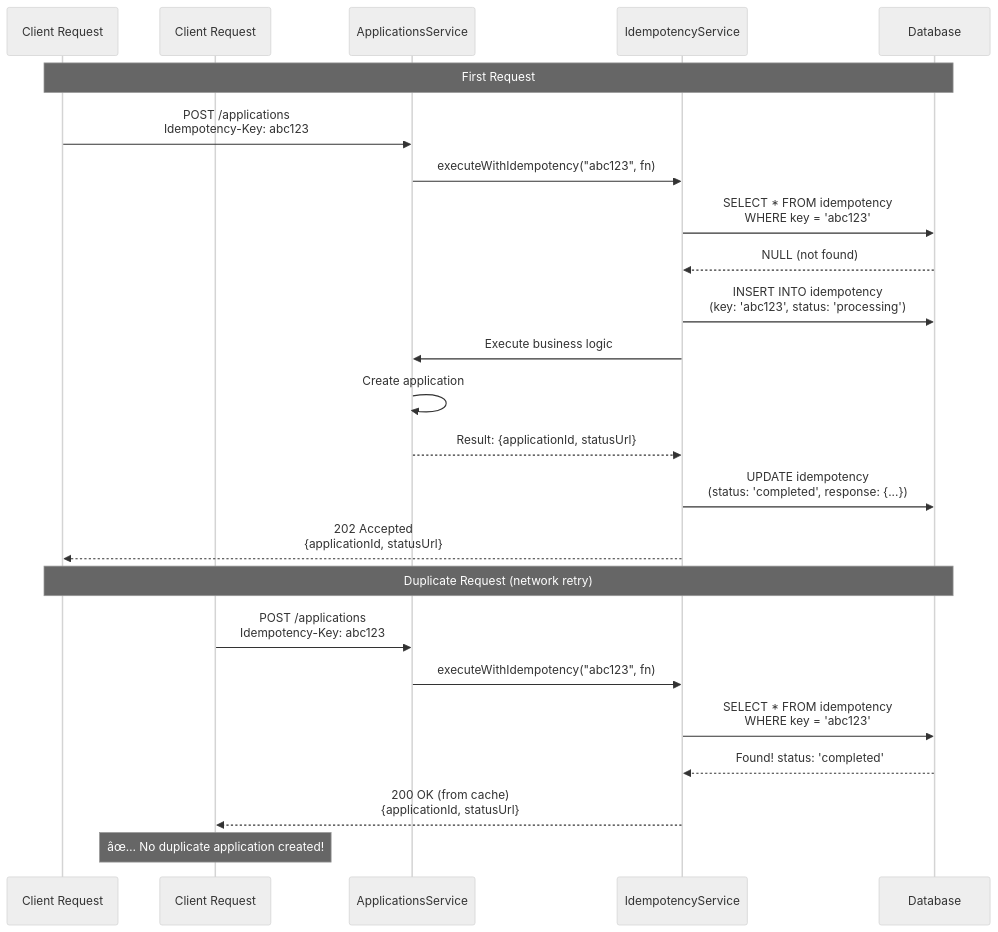
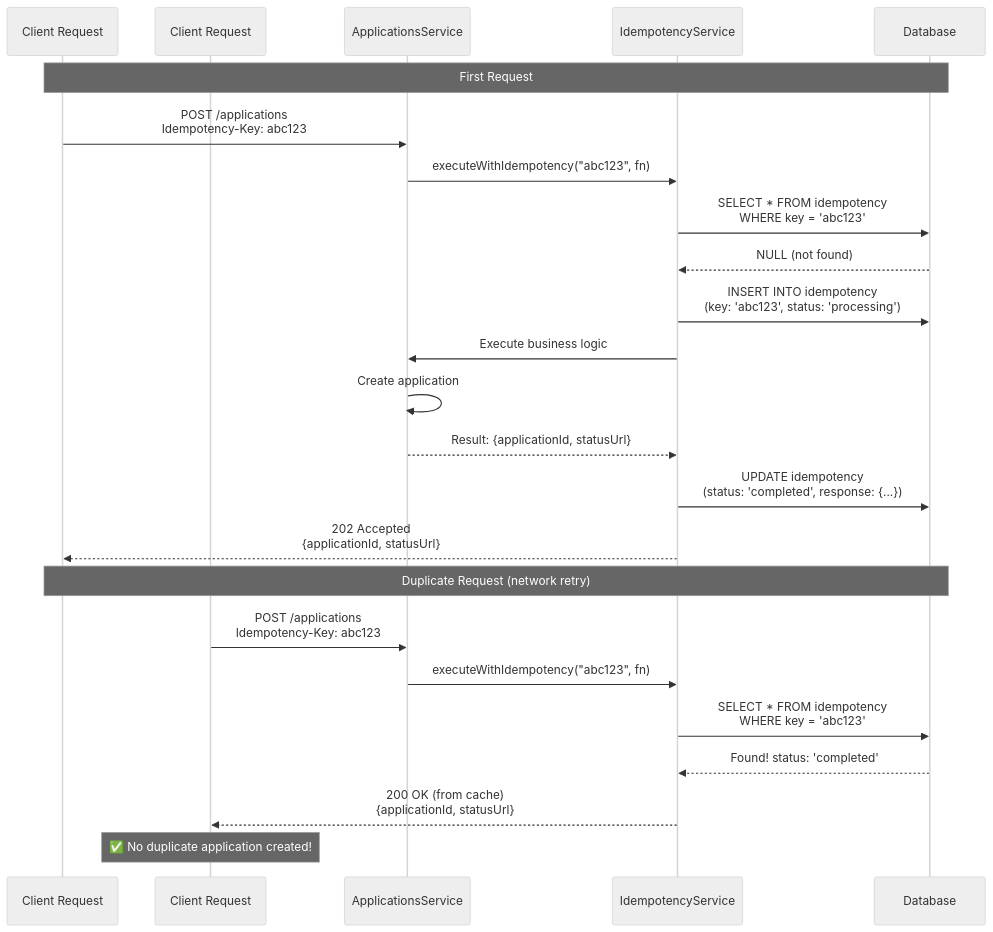
The second of 11 diagrams in backend/docs/SYSTEM_FLOW_AFTER_PATTERNS.md (huytu0702/university_admission_portal), drawn with Mermaid (neutral theme) before and after one commit. The commit also changed other lines of this file, not shown here.

````diff
--- a/backend/docs/SYSTEM_FLOW_AFTER_PATTERNS.md
+++ b/backend/docs/SYSTEM_FLOW_AFTER_PATTERNS.md
@@ -154,31 +154,31 @@
 ```mermaid
 sequenceDiagram
     participant Client1 as Client Request #1
     participant Client2 as Client Request #2 (Duplicate)
     participant Service as ApplicationsService
     participant IdempotencyService as IdempotencyService
     participant DB as Database
     
     Note over Client1,DB: First Request
     Client1->>Service: POST /applications<br/>Idempotency-Key: abc123
     Service->>IdempotencyService: executeWithIdempotency("abc123", fn)
     IdempotencyService->>DB: SELECT * FROM idempotency<br/>WHERE key = 'abc123'
     DB-->>IdempotencyService: NULL (not found)
     
     IdempotencyService->>DB: INSERT INTO idempotency<br/>(key: 'abc123', status: 'processing')
     IdempotencyService->>Service: Execute business logic
     Service->>Service: Create application
     Service-->>IdempotencyService: Result: {applicationId, statusUrl}
     
     IdempotencyService->>DB: UPDATE idempotency<br/>(status: 'completed', response: {...})
     IdempotencyService-->>Client1: 202 Accepted<br/>{applicationId, statusUrl}
     
     Note over Client1,DB: Duplicate Request (network retry)
     Client2->>Service: POST /applications<br/>Idempotency-Key: abc123
     Service->>IdempotencyService: executeWithIdempotency("abc123", fn)
     IdempotencyService->>DB: SELECT * FROM idempotency<br/>WHERE key = 'abc123'
     DB-->>IdempotencyService: Found! status: 'completed'
     
     IdempotencyService-->>Client2: 200 OK (from cache)<br/>{applicationId, statusUrl}
-    Note over Client2: âœ… No duplicate application created!
+    Note over Client2: ✅ No duplicate application created!
 ```
````
